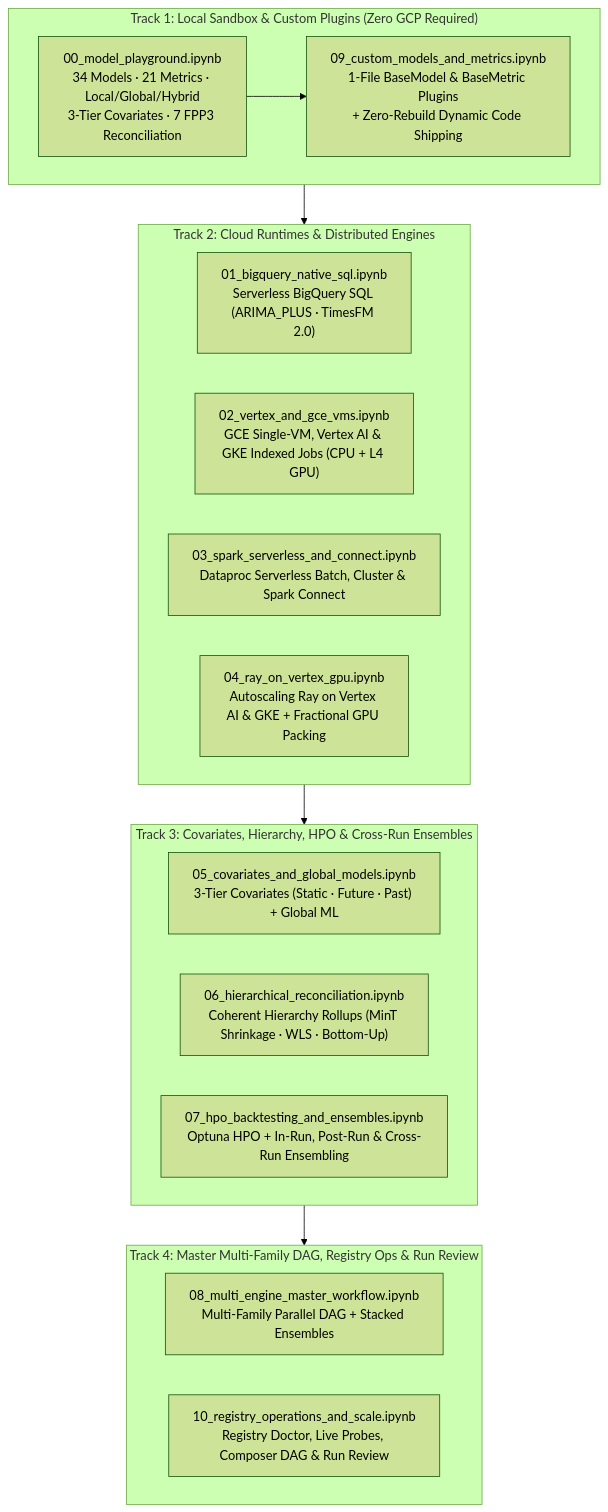
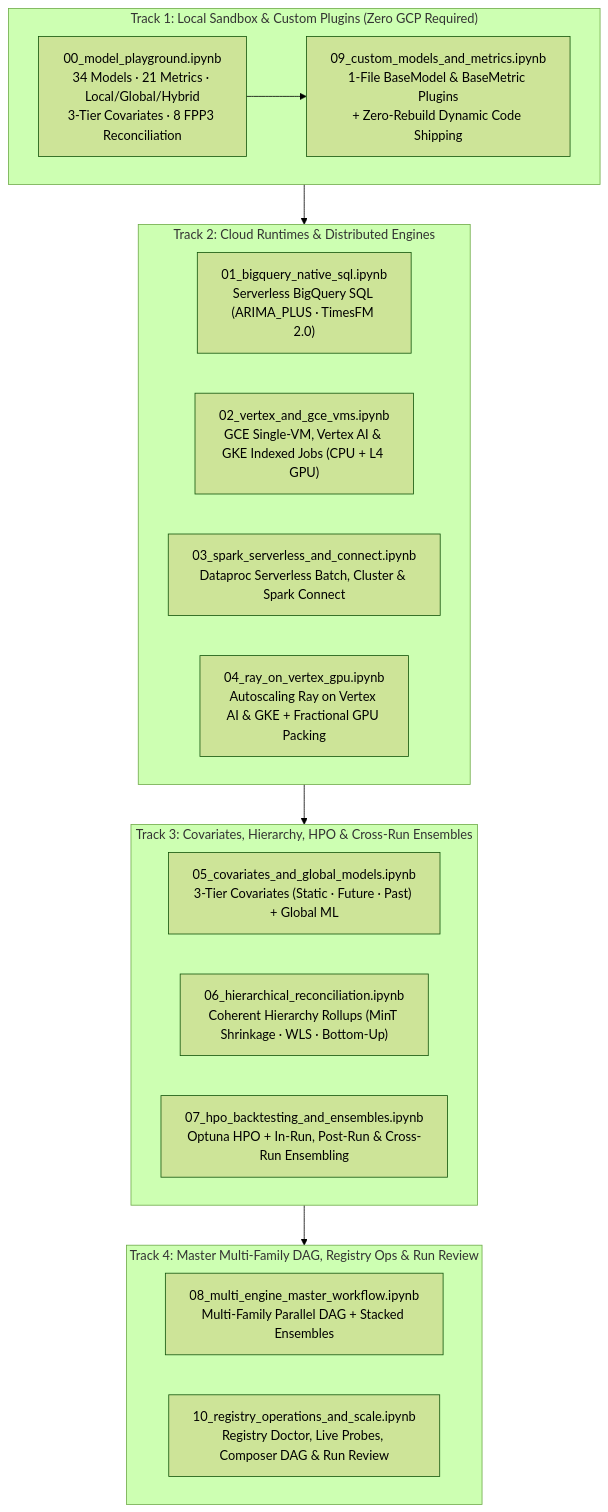
The diagram in notebooks/README.md (statmike/scale-forecasting), drawn with Mermaid (forest theme) before and after one commit. The commit also changed other lines of this file and 11 other files, not shown here.

Commit message:
docs: synchronize model/ensemble/reconciliation catalogs and SDK convenience aliases

````diff
--- a/notebooks/README.md
+++ b/notebooks/README.md
@@ -8,28 +8,28 @@
 ```mermaid
 flowchart TD
     subgraph Track1["Track 1: Local Sandbox & Custom Plugins (Zero GCP Required)"]
-        NB00["00_model_playground.ipynb<br/>34 Models · 21 Metrics · Local/Global/Hybrid<br/>3-Tier Covariates · 7 FPP3 Reconciliation"]
+        NB00["00_model_playground.ipynb<br/>34 Models · 21 Metrics · Local/Global/Hybrid<br/>3-Tier Covariates · 8 FPP3 Reconciliation"]
         NB09["09_custom_models_and_metrics.ipynb<br/>1-File BaseModel & BaseMetric Plugins<br/>+ Zero-Rebuild Dynamic Code Shipping"]
     end
 
     subgraph Track2["Track 2: Cloud Runtimes & Distributed Engines"]
         NB01["01_bigquery_native_sql.ipynb<br/>Serverless BigQuery SQL (ARIMA_PLUS · TimesFM 2.0)"]
         NB02["02_vertex_and_gce_vms.ipynb<br/>GCE Single-VM, Vertex AI & GKE Indexed Jobs (CPU + L4 GPU)"]
         NB03["03_spark_serverless_and_connect.ipynb<br/>Dataproc Serverless Batch, Cluster & Spark Connect"]
         NB04["04_ray_on_vertex_gpu.ipynb<br/>Autoscaling Ray on Vertex AI & GKE + Fractional GPU Packing"]
     end
 
     subgraph Track3["Track 3: Covariates, Hierarchy, HPO & Cross-Run Ensembles"]
         NB05["05_covariates_and_global_models.ipynb<br/>3-Tier Covariates (Static · Future · Past) + Global ML"]
         NB06["06_hierarchical_reconciliation.ipynb<br/>Coherent Hierarchy Rollups (MinT Shrinkage · WLS · Bottom-Up)"]
         NB07["07_hpo_backtesting_and_ensembles.ipynb<br/>Optuna HPO + In-Run, Post-Run & Cross-Run Ensembling"]
     end
 
     subgraph Track4["Track 4: Master Multi-Family DAG, Registry Ops & Run Review"]
         NB08["08_multi_engine_master_workflow.ipynb<br/>Multi-Family Parallel DAG + Stacked Ensembles"]
         NB10["10_registry_operations_and_scale.ipynb<br/>Registry Doctor, Live Probes, Composer DAG & Run Review"]
     end
 
     NB00 --> NB09
     Track1 --> Track2 --> Track3 --> Track4
 ```
````
